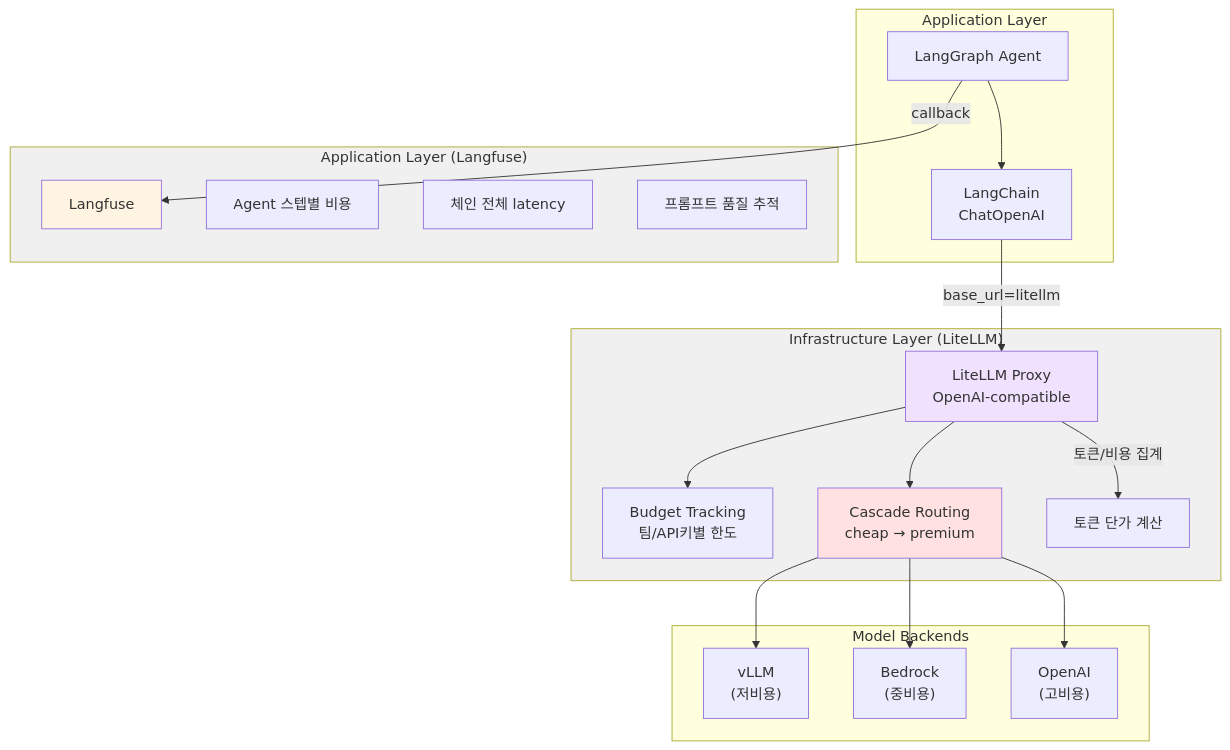
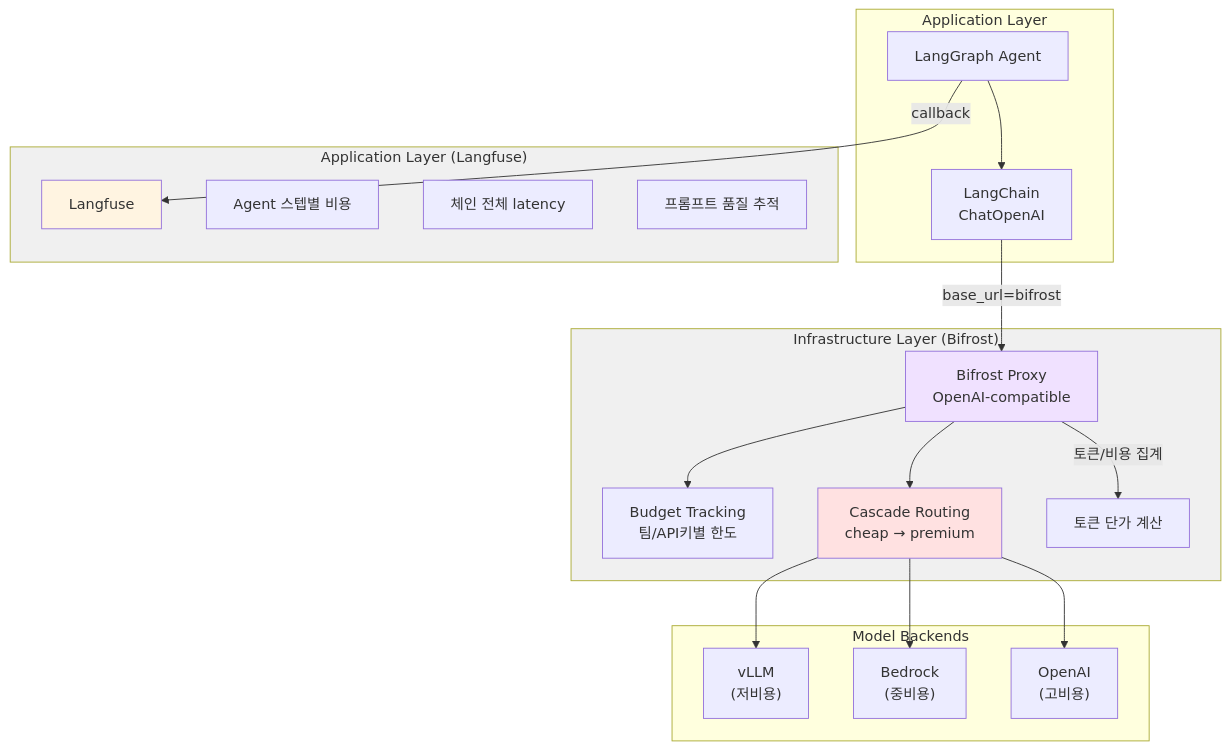
One commit to devfloor9/engineering-playbook changed the eighth of 17 diagrams in docs/agentic-ai-platform/design-architecture/agentic-ai-challenges.md. Above: the diagram before and after it, drawn with Mermaid. The commit also changed other lines of this file and 13 other files, not shown here.

First line of the commit message:
docs: LLM Router 기본 전환 — Bifrost (primary) + LiteLLM (alternative)

````diff
--- a/docs/agentic-ai-platform/design-architecture/agentic-ai-challenges.md
+++ b/docs/agentic-ai-platform/design-architecture/agentic-ai-challenges.md
@@ -423,43 +423,43 @@
 ```mermaid
 flowchart TD
     subgraph Application["Application Layer"]
         LANGGRAPH["LangGraph Agent"]
         LANGCHAIN["LangChain<br/>ChatOpenAI"]
     end
 
-    subgraph InfraLayer["Infrastructure Layer (LiteLLM)"]
-        LITELLM["LiteLLM Proxy<br/>OpenAI-compatible"]
+    subgraph InfraLayer["Infrastructure Layer (Bifrost)"]
+        BIFROST["Bifrost Proxy<br/>OpenAI-compatible"]
         BUDGET["Budget Tracking<br/>팀/API키별 한도"]
         CASCADE["Cascade Routing<br/>cheap → premium"]
         TOKEN["토큰 단가 계산"]
     end
 
     subgraph AppLayer["Application Layer (Langfuse)"]
         LANGFUSE["Langfuse"]
         STEP_COST["Agent 스텝별 비용"]
         CHAIN_LAT["체인 전체 latency"]
         PROMPT_Q["프롬프트 품질 추적"]
     end
 
     subgraph Backends["Model Backends"]
         VLLM["vLLM<br/>(저비용)"]
         BEDROCK["Bedrock<br/>(중비용)"]
         OPENAI["OpenAI<br/>(고비용)"]
     end
 
     LANGGRAPH -->|callback| LANGFUSE
     LANGGRAPH --> LANGCHAIN
-    LANGCHAIN -->|"base_url=litellm"| LITELLM
-    LITELLM -->|토큰/비용 집계| TOKEN
-    LITELLM --> BUDGET
-    LITELLM --> CASCADE
+    LANGCHAIN -->|"base_url=bifrost"| BIFROST
+    BIFROST -->|토큰/비용 집계| TOKEN
+    BIFROST --> BUDGET
+    BIFROST --> CASCADE
     CASCADE --> VLLM
     CASCADE --> BEDROCK
     CASCADE --> OPENAI
 
-    style LITELLM fill:#f0e1ff
+    style BIFROST fill:#f0e1ff
     style LANGFUSE fill:#fff4e1
     style CASCADE fill:#ffe1e1
     style InfraLayer fill:#f0f0f0
     style AppLayer fill:#f0f0f0
 ```
````
